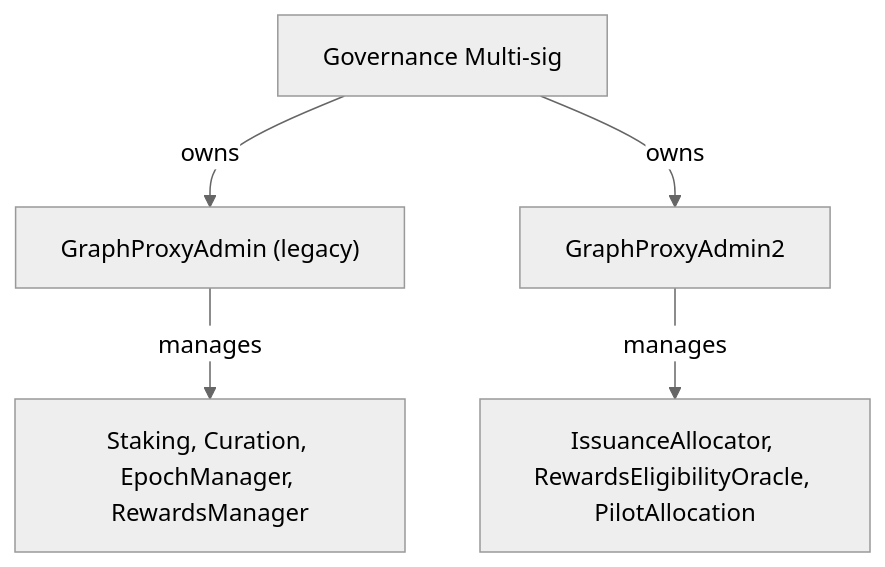
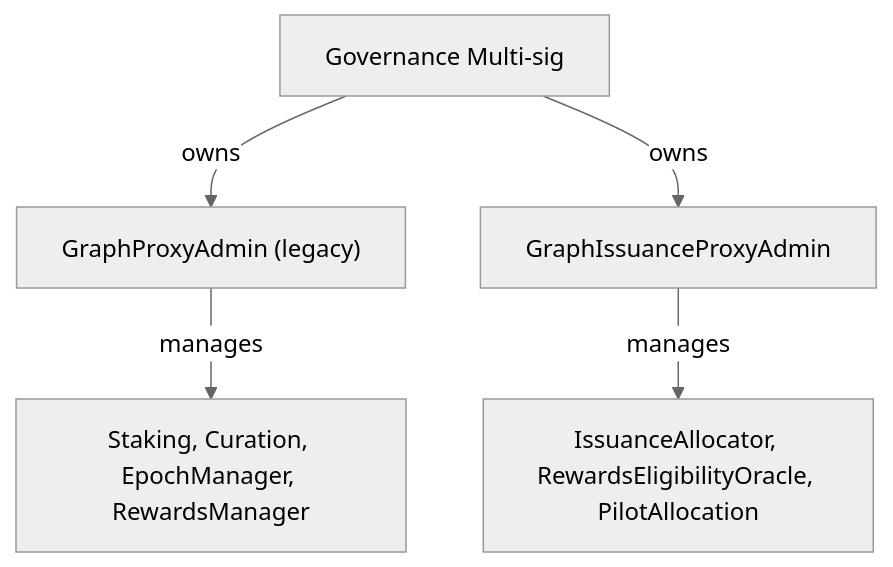
One commit to graphprotocol/contracts changed the second of 10 diagrams in packages/deploy/Design.md. Above: the diagram before and after it, drawn with Mermaid (neutral theme). The commit also changed other lines of this file and 8 other files, not shown here.

First line of the commit message:
refactor(issuance-deploy): replace GraphProxyAdmin2 with GraphIssuanceProxyAdmin

````diff
--- a/packages/deploy/Design.md
+++ b/packages/deploy/Design.md
@@ -288,15 +288,15 @@
 ```mermaid
 graph TB
     Gov[Governance Multi-sig]
     ExistingAdmin[GraphProxyAdmin #40;legacy#41;]
-    NewAdmin[GraphProxyAdmin2]
+    NewAdmin[GraphIssuanceProxyAdmin]
 
     Gov -->|owns| ExistingAdmin
     Gov -->|owns| NewAdmin
 
     LegacyContracts[Staking, Curation, EpochManager, RewardsManager]
     IssuanceContracts[IssuanceAllocator, RewardsEligibilityOracle, PilotAllocation]
 
     ExistingAdmin -->|manages| LegacyContracts
     NewAdmin -->|manages| IssuanceContracts
 ```
````
